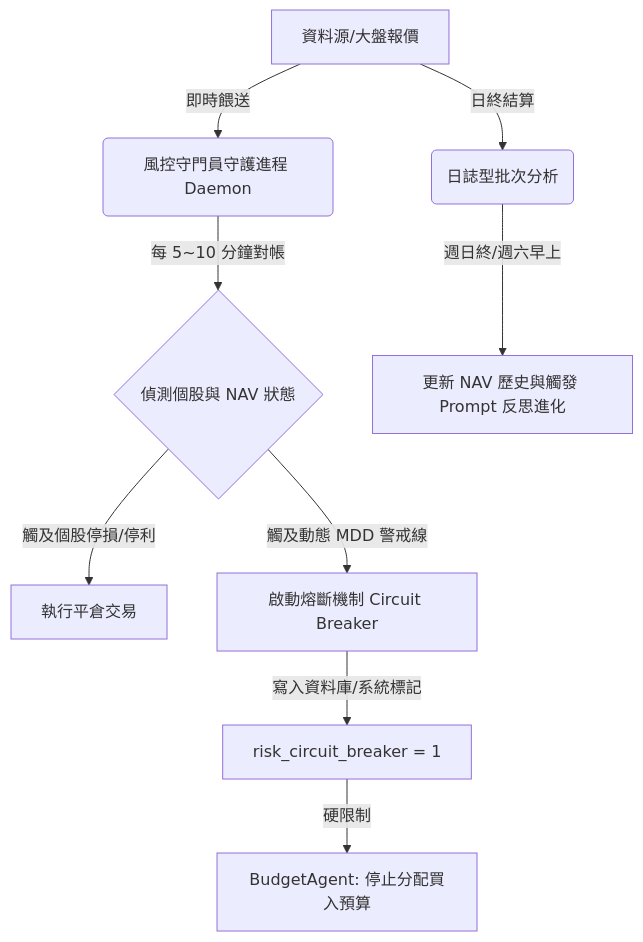
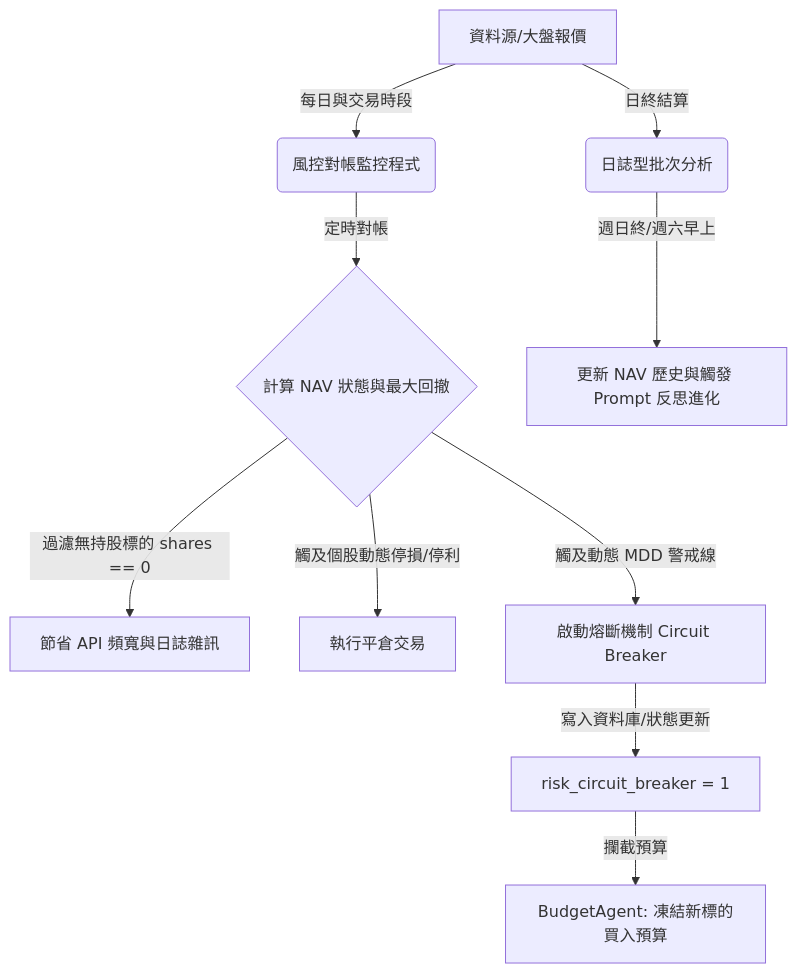
One commit to sunghsukuo/Aegis-MAQS changed the second of 2 diagrams in docs/Aegis-MAQS_Technical_Guide.md. Above: the diagram before and after it, drawn with Mermaid. The commit also changed other lines of this file, not shown here.

````diff
--- a/docs/Aegis-MAQS_Technical_Guide.md
+++ b/docs/Aegis-MAQS_Technical_Guide.md
@@ -334,14 +334,15 @@
 ```mermaid
 graph TD
-    A[資料源/大盤報價] -->|即時餵送| B(風控守門員守護進程 Daemon)
+    A[資料源/大盤報價] -->|每日與交易時段| B(風控對帳監控程式)
     A -->|日終結算| C(日誌型批次分析)
     
-    B -->|每 5~10 分鐘對帳| D{偵測個股與 NAV 狀態}
-    D -->|觸及個股停損/停利| E[執行平倉交易]
-    D -->|觸及動態 MDD 警戒線| F[啟動熔斷機制 Circuit Breaker]
+    B -->|定時對帳| D{計算 NAV 狀態與最大回撤}
+    D -->|過濾無持股標的 shares == 0| E[節省 API 頻寬與日誌雜訊]
+    D -->|觸及個股動態停損/停利| F[執行平倉交易]
+    D -->|觸及動態 MDD 警戒線| G[啟動熔斷機制 Circuit Breaker]
     
-    F -->|寫入資料庫/系統標記| G[risk_circuit_breaker = 1]
-    G -->|硬限制| H[BudgetAgent: 停止分配買入預算]
+    G -->|寫入資料庫/狀態更新| H[risk_circuit_breaker = 1]
+    H -->|攔截預算| I[BudgetAgent: 凍結新標的買入預算]
     
-    C -->|週日終/週六早上| I[更新 NAV 歷史與觸發 Prompt 反思進化]
+    C -->|週日終/週六早上| J[更新 NAV 歷史與觸發 Prompt 反思進化]
 ```
````
